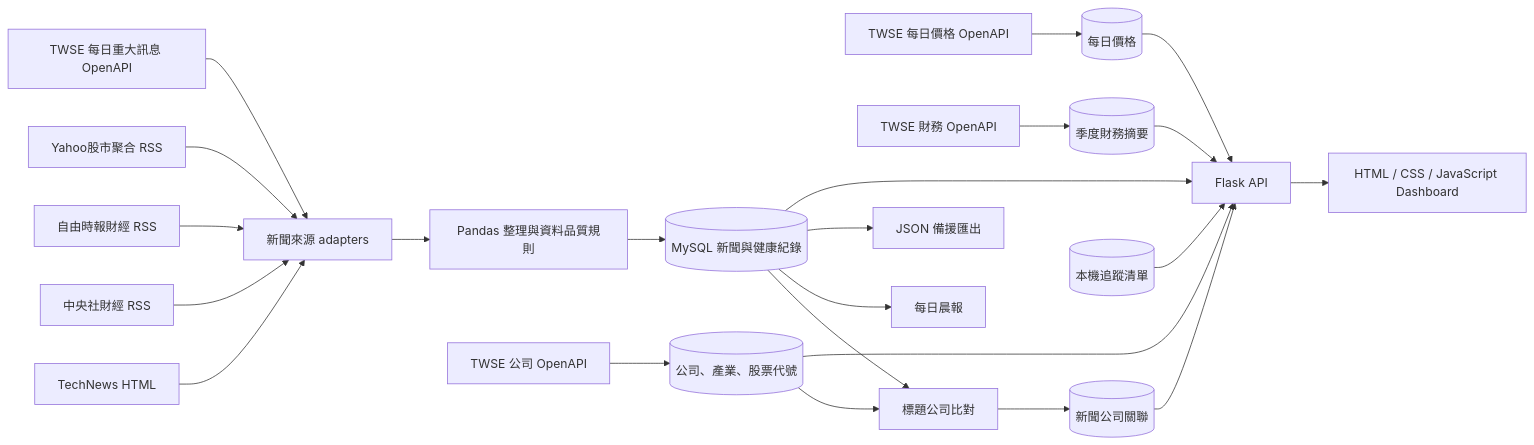
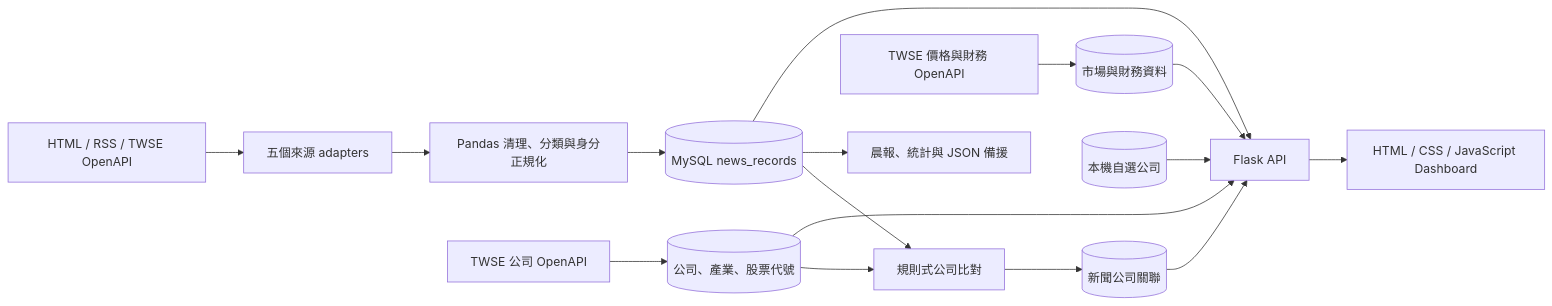
The diagram in README.md (OllieHu12304/Morning-Alpha), drawn with Mermaid before and after one commit. The commit also changed other lines of this file and 2 other files, not shown here.

````diff
--- a/README.md
+++ b/README.md
@@ -36,28 +32,18 @@
 ```mermaid
 flowchart LR
-    A["TechNews HTML"] --> C["新聞來源 adapters"]
-    B["中央社財經 RSS"] --> C
-    V["自由時報財經 RSS"] --> C
-    Y["Yahoo股市聚合 RSS"] --> C
-    S["TWSE 每日重大訊息 OpenAPI"] --> C
-    C --> D["Pandas 整理與資料品質規則"]
-    D --> E[("MySQL 新聞與健康紀錄")]
-
-    F["TWSE 公司 OpenAPI"] --> G[("公司、產業、股票代號")]
-    H["TWSE 每日價格 OpenAPI"] --> I[("每日價格")]
-    J["TWSE 財務 OpenAPI"] --> K[("季度財務摘要")]
-
-    E --> L["標題公司比對"]
-    G --> L
-    L --> M[("新聞公司關聯")]
-
-    E --> N["每日晨報"]
-    E --> O["JSON 備援匯出"]
-    E --> P["Flask API"]
-    G --> P
-    I --> P
-    K --> P
-    M --> P
-    Q[("本機追蹤清單")] --> P
-    P --> R["HTML / CSS / JavaScript Dashboard"]
+    A["HTML / RSS / TWSE OpenAPI"] --> B["五個來源 adapters"]
+    B --> C["Pandas 清理、分類與身分正規化"]
+    C --> D[("MySQL news_records")]
+    E["TWSE 公司 OpenAPI"] --> F[("公司、產業、股票代號")]
+    D --> G["規則式公司比對"]
+    F --> G
+    G --> H[("新聞公司關聯")]
+    I["TWSE 價格與財務 OpenAPI"] --> J[("市場與財務資料")]
+    D --> K["晨報、統計與 JSON 備援"]
+    D --> L["Flask API"]
+    F --> L
+    H --> L
+    J --> L
+    M[("本機自選公司")] --> L
+    L --> N["HTML / CSS / JavaScript Dashboard"]
 ```
````
